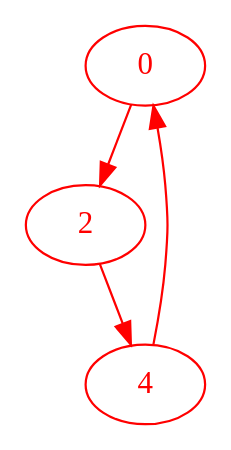
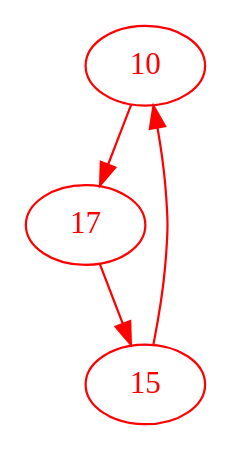
The diagram in molecules/benzanthracene/lewis/benzanthracene_3/cycle_0.dot (AdrienVaret/Benzenoids), drawn with Graphviz before and after one commit. The commit also changed 30 other files, not shown here.

```diff
--- a/molecules/benzanthracene/lewis/benzanthracene_3/cycle_0.dot
+++ b/molecules/benzanthracene/lewis/benzanthracene_3/cycle_0.dot
@@ -1,6 +1,6 @@
 digraph g{
-node [color = red, fontcolor=red]; 0 2 4 ;
-0 -> 2 [color=red] ;
-2 -> 4 [color=red] ;
-4 -> 0 [color=red] ;
+node [color = red, fontcolor=red]; 10 15 17 ;
+10 -> 17 [color=red] ;
+15 -> 10 [color=red] ;
+17 -> 15 [color=red] ;
 }
```
